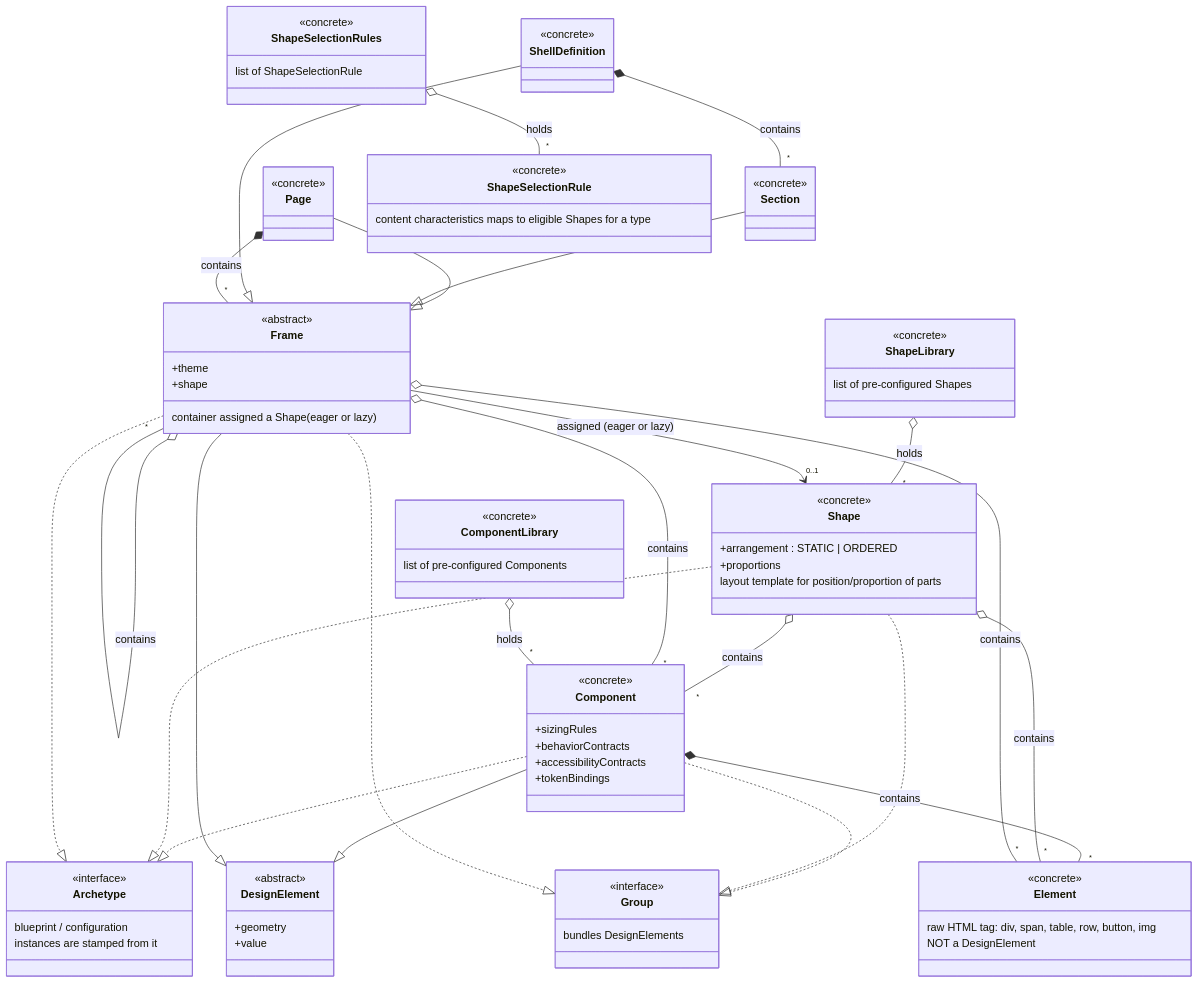
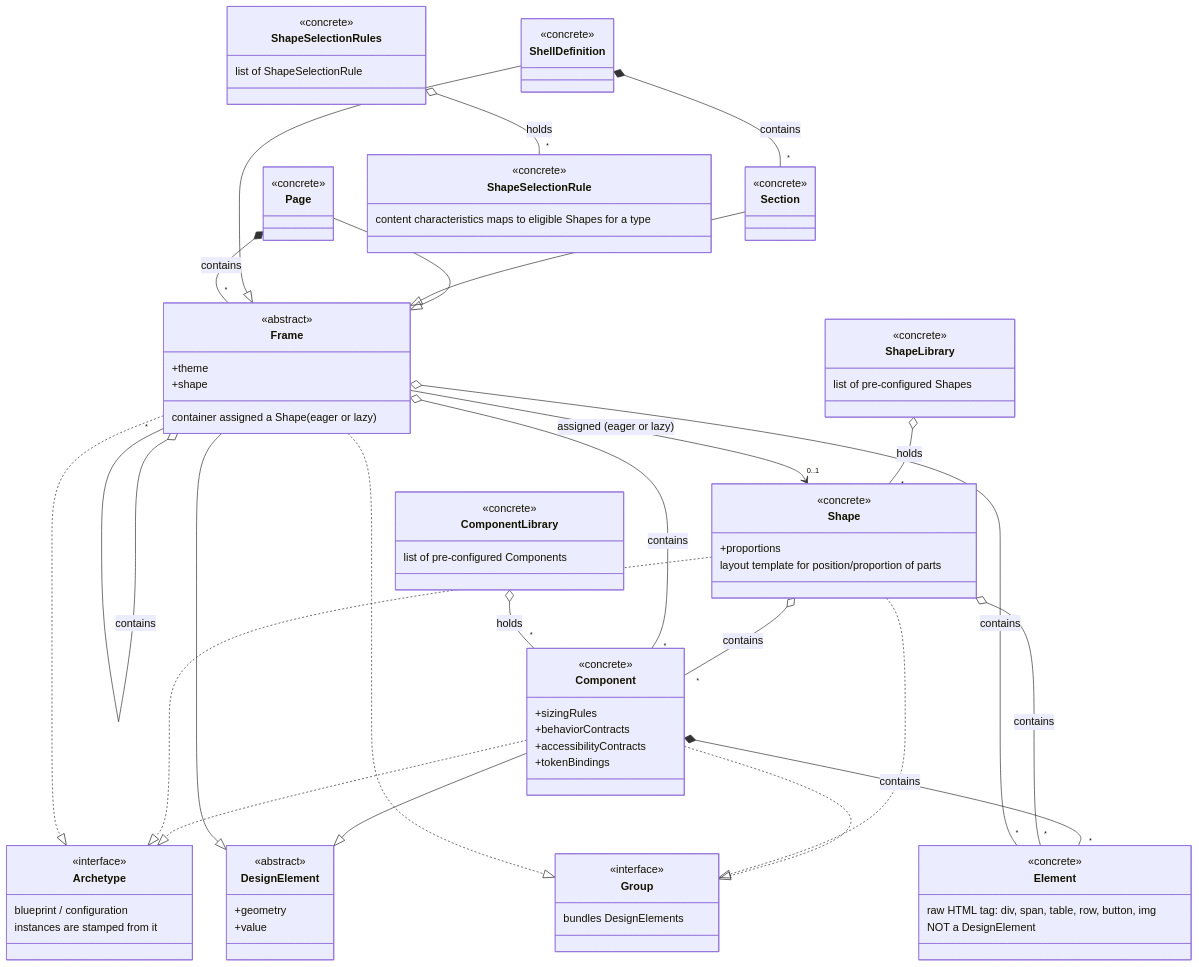
Before and after one commit to mark-satterfield/toolset: the diagram in plugins/cds/reference/model/data-model.mermaid, drawn with Mermaid. The commit also changed 252 other files, not shown here.

```diff
--- a/plugins/cds/reference/model/data-model.mermaid
+++ b/plugins/cds/reference/model/data-model.mermaid
@@ -1,107 +1,106 @@
 %% Logical data model - entities only (no processes / no rule engine)
 classDiagram
     direction TB
 
     class Archetype {
         <<interface>>
         blueprint / configuration
         instances are stamped from it
     }
 
     class Group {
         <<interface>>
         bundles DesignElements
     }
 
     class DesignElement {
         <<abstract>>
         +geometry
         +value
     }
 
     class Element {
         <<concrete>>
         raw HTML tag: div, span, table, row, button, img
         NOT a DesignElement
     }
 
     class Component {
         <<concrete>>
         +sizingRules
         +behaviorContracts
         +accessibilityContracts
         +tokenBindings
     }
 
     class ComponentLibrary {
         <<concrete>>
         list of pre-configured Components
     }
 
     class Shape {
         <<concrete>>
-        +arrangement : STATIC | ORDERED
         +proportions
         layout template for position/proportion of parts
     }
 
     class ShapeLibrary {
         <<concrete>>
         list of pre-configured Shapes
     }
 
     class Frame {
         <<abstract>>
         +theme
         +shape
         container assigned a Shape (eager or lazy)
     }
 
     class Page {
         <<concrete>>
     }
 
     class Section {
         <<concrete>>
     }
 
     class ShellDefinition {
         <<concrete>>
     }
 
     class ShapeSelectionRule {
         <<concrete>>
         content characteristics maps to eligible Shapes for a type
     }
 
     class ShapeSelectionRules {
         <<concrete>>
         list of ShapeSelectionRule
     }
 
     Component ..|> Archetype
     Component ..|> Group
     Shape ..|> Archetype
     Shape ..|> Group
     Frame ..|> Archetype
     Frame ..|> Group
 
     Component --|> DesignElement
     Frame --|> DesignElement
     Page --|> Frame
     Section --|> Frame
     ShellDefinition --|> Frame
 
     Component *-- "*" Element : contains
     Shape o-- "*" Component : contains
     Shape o-- "*" Element : contains
     Frame o-- "*" Frame : contains
     Frame o-- "*" Component : contains
     Frame o-- "*" Element : contains
     Page *-- "*" Frame : contains
     ShellDefinition *-- "*" Section : contains
     ComponentLibrary o-- "*" Component : holds
     ShapeLibrary o-- "*" Shape : holds
     ShapeSelectionRules o-- "*" ShapeSelectionRule : holds
 
     Frame --> "0..1" Shape : assigned (eager or lazy)
```
